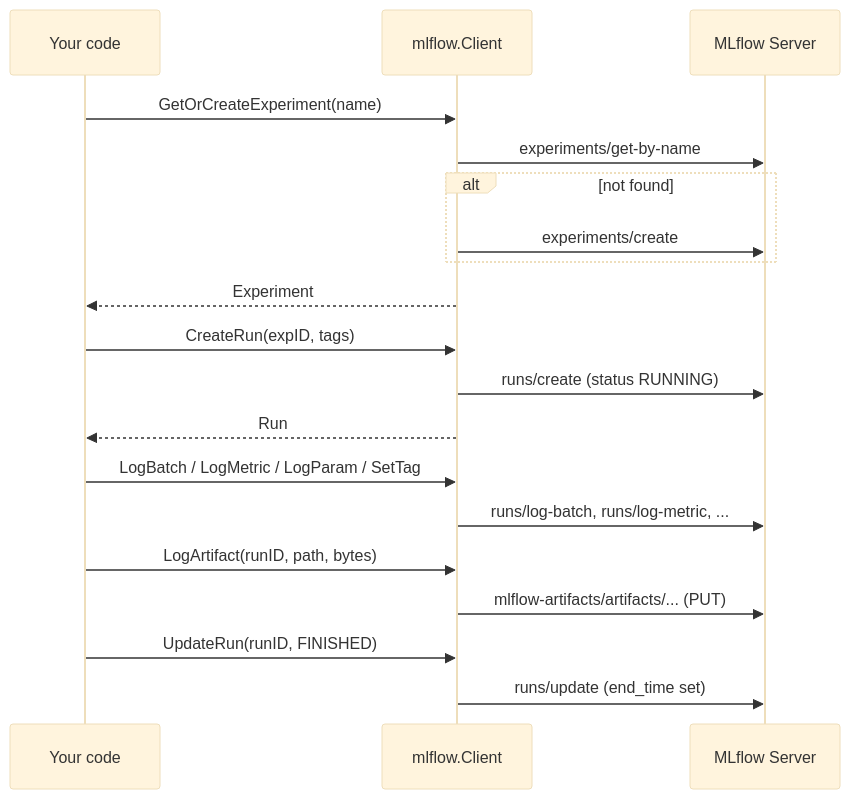
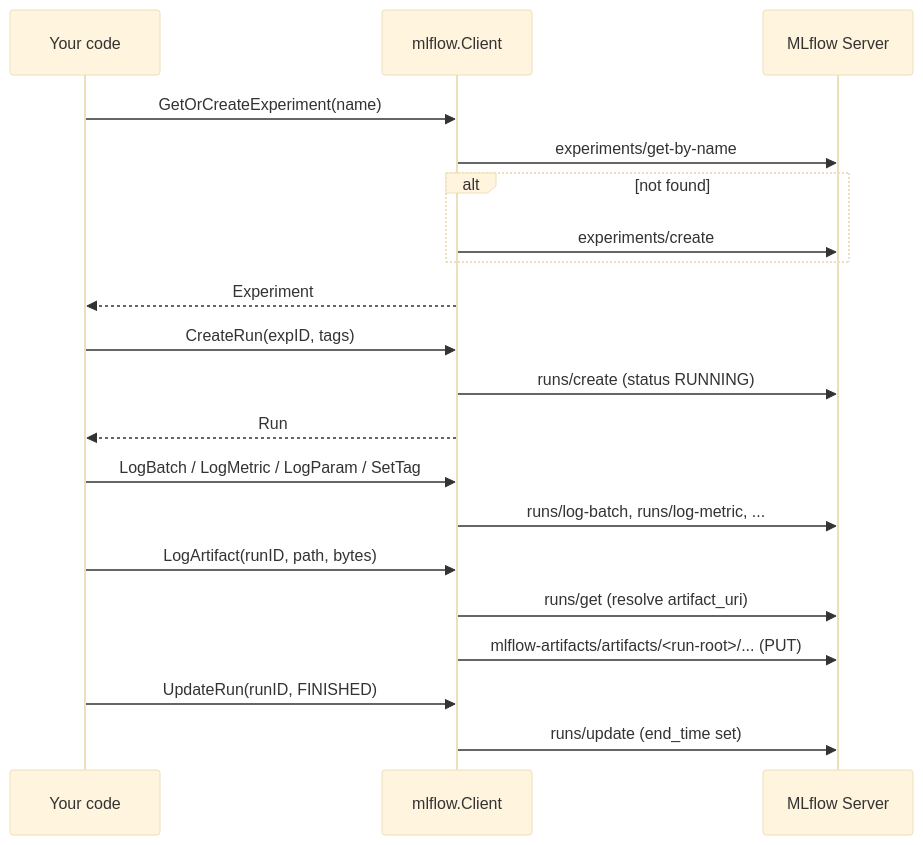
One commit to NUH-Clinical-Innovation-Office/mlflow-go-sdk changed the second of 3 diagrams in README.md. Above: the diagram before and after it, drawn with Mermaid (base theme). The commit also changed other lines of this file and 7 other files, not shown here.

First line of the commit message:
fix: place artifacts under run's artifact subtree

````diff
--- a/README.md
+++ b/README.md
@@ -65,26 +65,27 @@
 ```mermaid
 sequenceDiagram
     participant C as Your code
     participant M as mlflow.Client
     participant S as MLflow Server
 
     C->>M: GetOrCreateExperiment(name)
     M->>S: experiments/get-by-name
     alt not found
         M->>S: experiments/create
     end
     M-->>C: Experiment
 
     C->>M: CreateRun(expID, tags)
     M->>S: runs/create (status RUNNING)
     M-->>C: Run
 
     C->>M: LogBatch / LogMetric / LogParam / SetTag
     M->>S: runs/log-batch, runs/log-metric, ...
 
     C->>M: LogArtifact(runID, path, bytes)
-    M->>S: mlflow-artifacts/artifacts/... (PUT)
+    M->>S: runs/get (resolve artifact_uri)
+    M->>S: mlflow-artifacts/artifacts/<run-root>/... (PUT)
 
     C->>M: UpdateRun(runID, FINISHED)
     M->>S: runs/update (end_time set)
 ```
````
